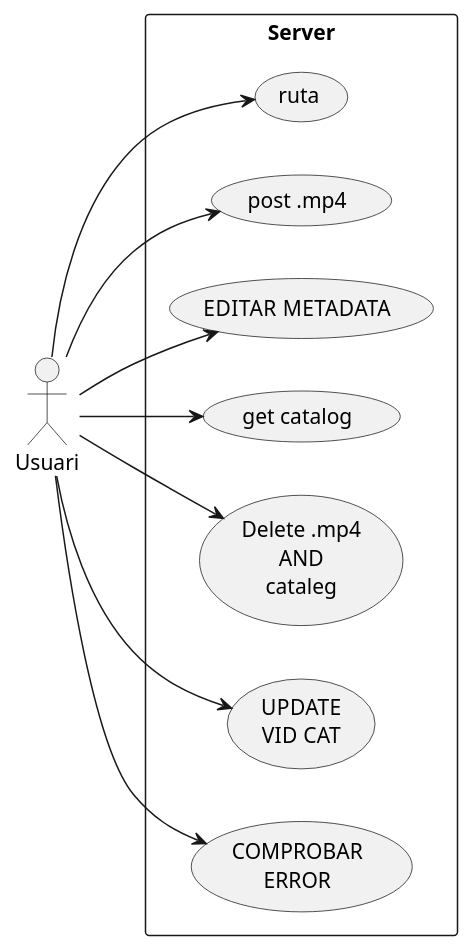
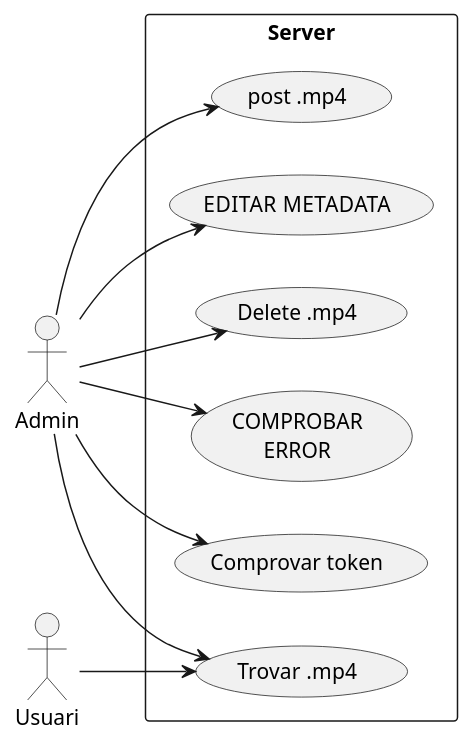
One commit to Toxolo/ProyecteIntermodular changed the diagram in doc/serverExpress.md. Above: the diagram before and after it, drawn with PlantUML. The commit also changed 5 other files, not shown here.

````diff
--- a/doc/serverExpress.md
+++ b/doc/serverExpress.md
@@ -1,25 +3,28 @@
+```uml
 @startuml
 
 left to right direction
 
-actor Usuari
+actor Admin
 
 rectangle "Server" {
-  usecase "ruta" as ruta
   usecase "post .mp4" as post
   usecase "EDITAR METADATA" as editar
-  usecase "get catalog" as catalog
-  usecase "Delete .mp4\nAND\ncataleg" as delete
-  usecase "UPDATE\nVID CAT" as update
+  usecase "Delete .mp4" as delete
   usecase "COMPROBAR\nERROR" as error
+  usecase "Comprovar token" as token
+  usecase "Trovar .mp4" as vid
+
 }
 
-Usuari --> ruta
-Usuari --> post
-Usuari --> editar
-Usuari --> catalog
-Usuari --> delete
-Usuari --> update
-Usuari --> error
+Admin --> post
+Admin --> editar
+Admin --> delete
+Admin --> error
+Admin --> token
+Usuari --> vid
+Admin --> vid
 
 @enduml
+
+```
````
